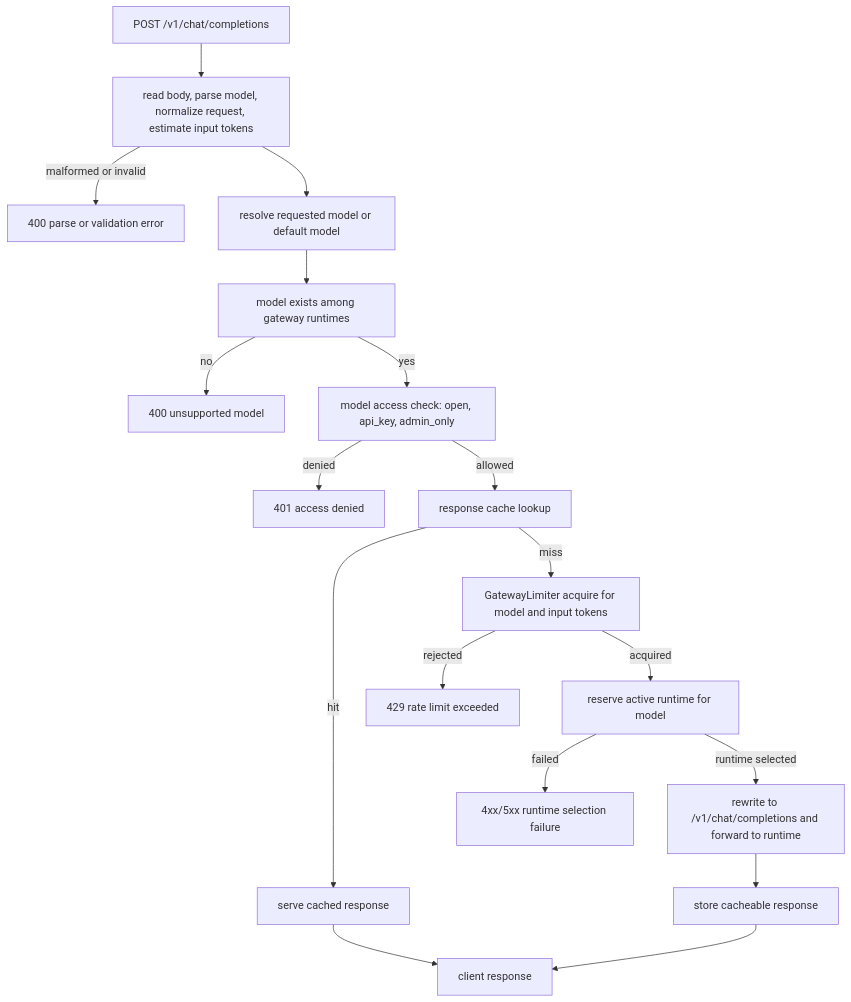
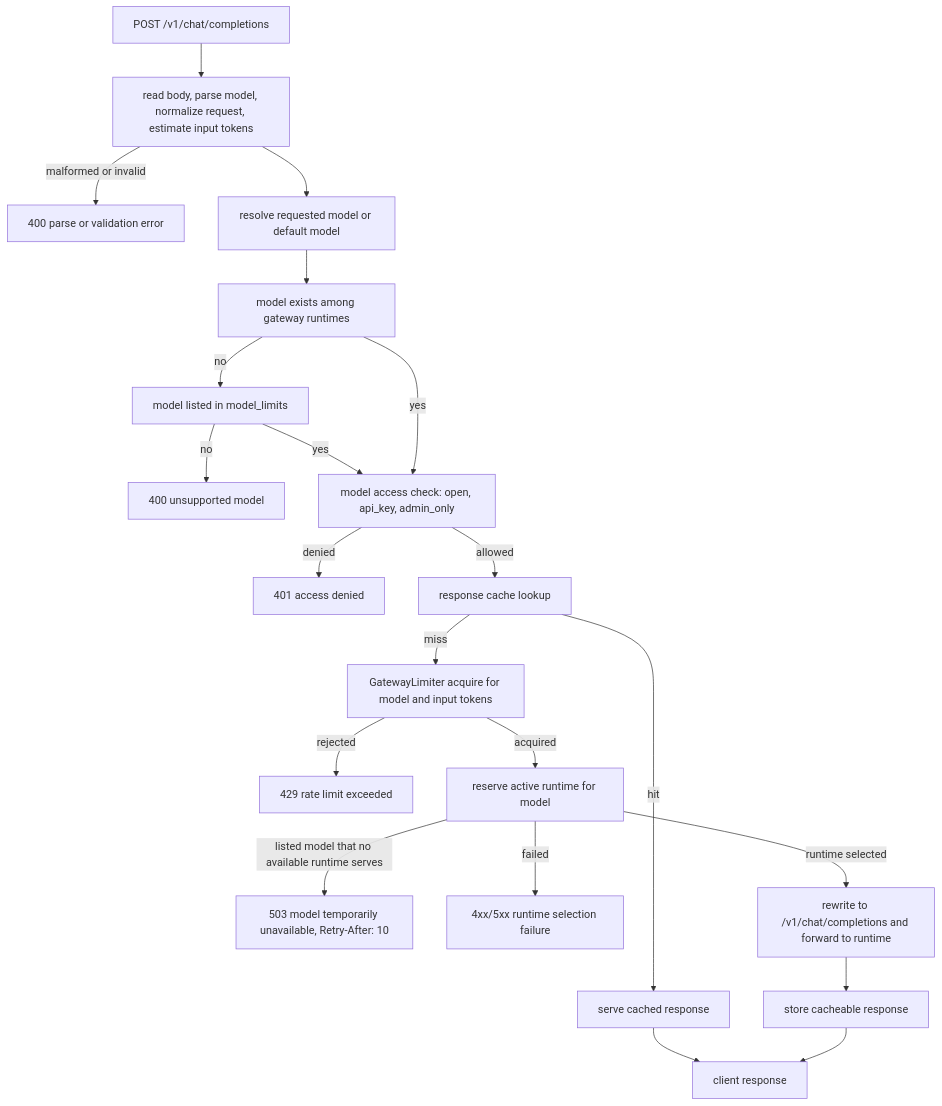
The third of 7 diagrams in devshard/docs/gateway-mockenv-coverage.md (gonka-ai/gonka), drawn with Mermaid before and after one commit. The commit also changed other lines of this file and 1126 other files, not shown here.

````diff
--- a/devshard/docs/gateway-mockenv-coverage.md
+++ b/devshard/docs/gateway-mockenv-coverage.md
@@ -105,36 +105,41 @@
 ```mermaid
 flowchart TD
     Start["POST /v1/chat/completions"]
     Parse["read body, parse model, normalize request, estimate input tokens"]
     ParseError["400 parse or validation error"]
     Model["resolve requested model or default model"]
     Supported["model exists among gateway runtimes"]
+    Listed["model listed in model_limits"]
+    Unavailable["503 model temporarily unavailable, Retry-After: 10"]
     Unsupported["400 unsupported model"]
     Access["model access check: open, api_key, admin_only"]
     AccessDenied["401 access denied"]
     Cache["response cache lookup"]
     CacheHit["serve cached response"]
     Limit["GatewayLimiter acquire for model and input tokens"]
     Limited["429 rate limit exceeded"]
     Select["reserve active runtime for model"]
     SelectFail["4xx/5xx runtime selection failure"]
     Forward["rewrite to /v1/chat/completions and forward to runtime"]
     StoreCache["store cacheable response"]
     Done["client response"]
 
     Start --> Parse
     Parse -->|"malformed or invalid"| ParseError
     Parse --> Model
     Model --> Supported
-    Supported -->|"no"| Unsupported
+    Supported -->|"no"| Listed
+    Listed -->|"yes"| Access
+    Listed -->|"no"| Unsupported
     Supported -->|"yes"| Access
     Access -->|"denied"| AccessDenied
     Access -->|"allowed"| Cache
     Cache -->|"hit"| CacheHit --> Done
     Cache -->|"miss"| Limit
     Limit -->|"rejected"| Limited
     Limit -->|"acquired"| Select
+    Select -->|"listed model that no available runtime serves"| Unavailable
     Select -->|"failed"| SelectFail
     Select -->|"runtime selected"| Forward
     Forward --> StoreCache --> Done
 ```
````
